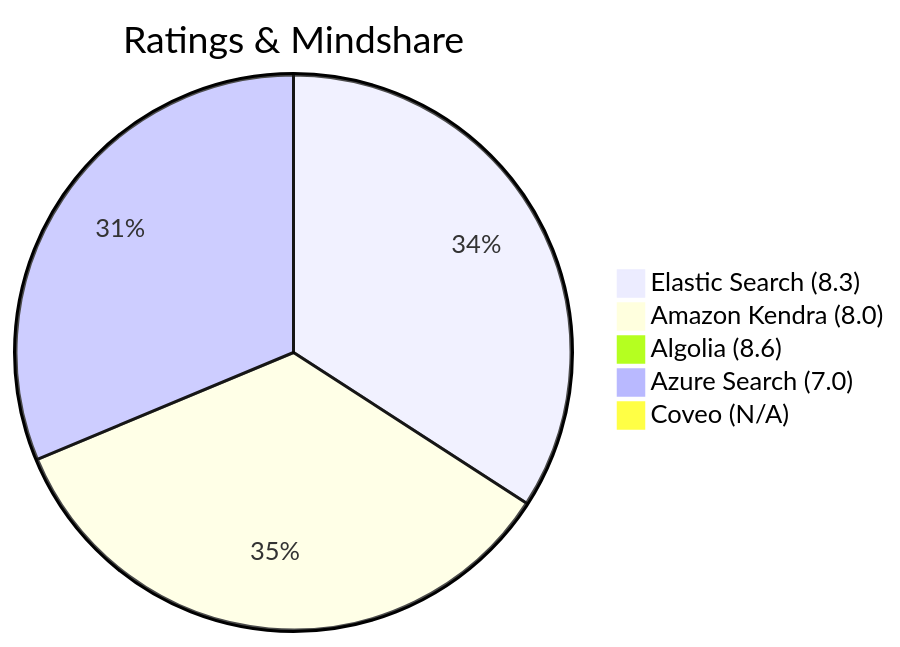
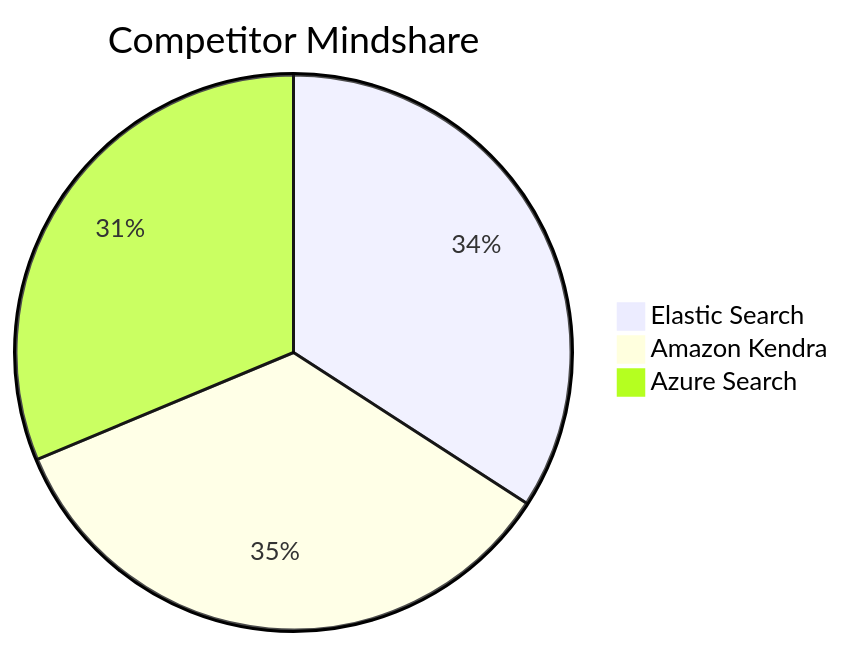
One commit to saikanov/ridwan-curhat changed the first of 6 diagrams in README.md. Above: the diagram before and after it, drawn with Mermaid. The commit also changed other lines of this file, not shown here.

````diff
--- a/README.md
+++ b/README.md
@@ -30,10 +4,7 @@
 ```mermaid
 pie
-    title Ratings & Mindshare
-    "Elastic Search (8.3)" : 15.6
-    "Amazon Kendra (8.0)" : 15.8
-    "Algolia (8.6)" : 0
-    "Azure Search (7.0)" : 14.3
-    "Coveo (N/A)" : 0
-
+    title Competitor Mindshare
+    "Elastic Search" : 15.6
+    "Amazon Kendra" : 15.8
+    "Azure Search" : 14.3
 ```
````
